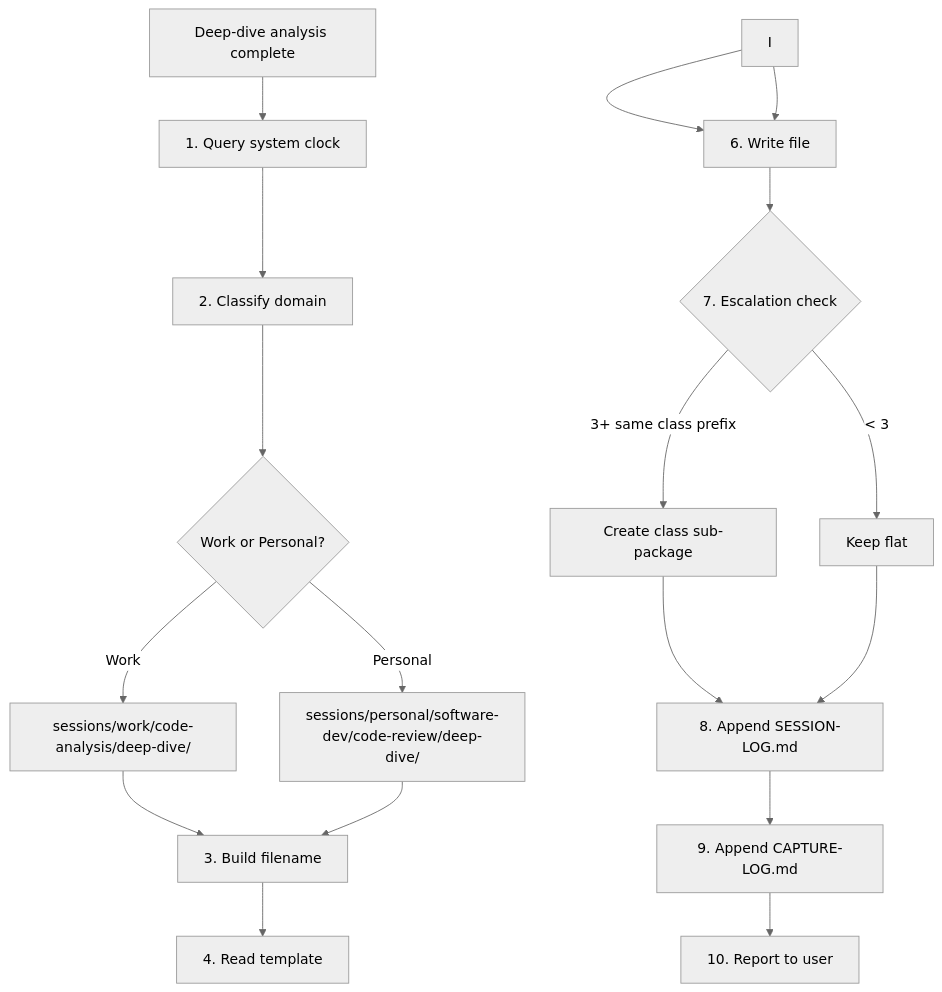
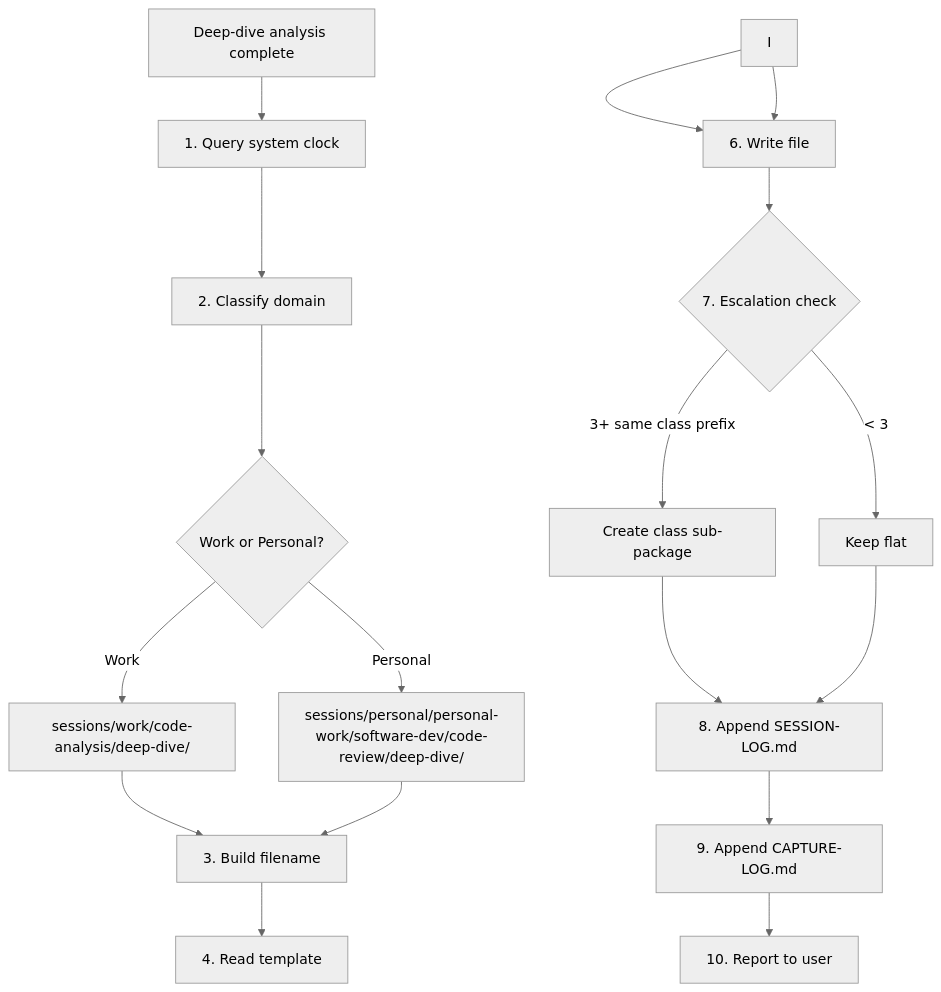
One commit to saharshpoddarorg/learning-assistant changed the second of 2 diagrams in .github/prompts/code-analysis-deep-dive.prompt.md. Above: the diagram before and after it, drawn with Mermaid (neutral theme). The commit also changed other lines of this file and 15 other files, not shown here.

````diff
--- a/.github/prompts/code-analysis-deep-dive.prompt.md
+++ b/.github/prompts/code-analysis-deep-dive.prompt.md
@@ -1252,20 +1252,20 @@
 ```mermaid
 flowchart TD
     A[Deep-dive analysis complete] --> B[1. Query system clock]
     B --> C[2. Classify domain]
     C --> D{Work or Personal?}
     D -->|Work| E[sessions/work/code-analysis/deep-dive/]
-    D -->|Personal| F[sessions/personal/software-dev/code-review/deep-dive/]
+    D -->|Personal| F[sessions/personal/personal-work/software-dev/code-review/deep-dive/]
     E --> G[3. Build filename]
     F --> G
     G --> H[4. Read template]
     I --> J[5. Populate frontmatter + all 4 phases]
     I --> J[6. Write file]
     J --> K{7. Escalation check}
     K -->|3+ same class prefix| L[Create class sub-package]
     K -->|< 3| M[Keep flat]
     L --> N[8. Append SESSION-LOG.md]
     M --> N
     N --> O[9. Append CAPTURE-LOG.md]
     O --> P[10. Report to user]
 ```
````
